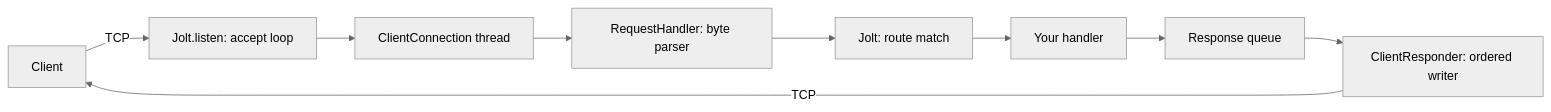
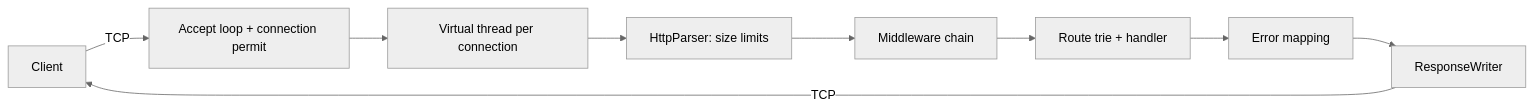
Before and after one commit to THIRU-1074/custom-Http-Server: the diagram in README.md, drawn with Mermaid (neutral theme). The commit also changed other lines of this file, not shown here.

````diff
--- a/README.md
+++ b/README.md
@@ -70,11 +69,11 @@
 ```mermaid
 flowchart LR
-    C[Client] -->|TCP| L[Jolt.listen: accept loop]
-    L --> CC[ClientConnection thread]
-    CC --> RH[RequestHandler: byte parser]
-    RH --> J[Jolt: route match]
-    J --> H[Your handler]
-    H --> Q[Response queue]
-    Q --> R[ClientResponder: ordered writer]
-    R -->|TCP| C
+    C[Client] -->|TCP| A[Accept loop + connection permit]
+    A --> V[Virtual thread per connection]
+    V --> P[HttpParser: size limits]
+    P --> M[Middleware chain]
+    M --> R[Route trie + handler]
+    R --> E[Error mapping]
+    E --> W[ResponseWriter]
+    W -->|TCP| C
 ```
````
